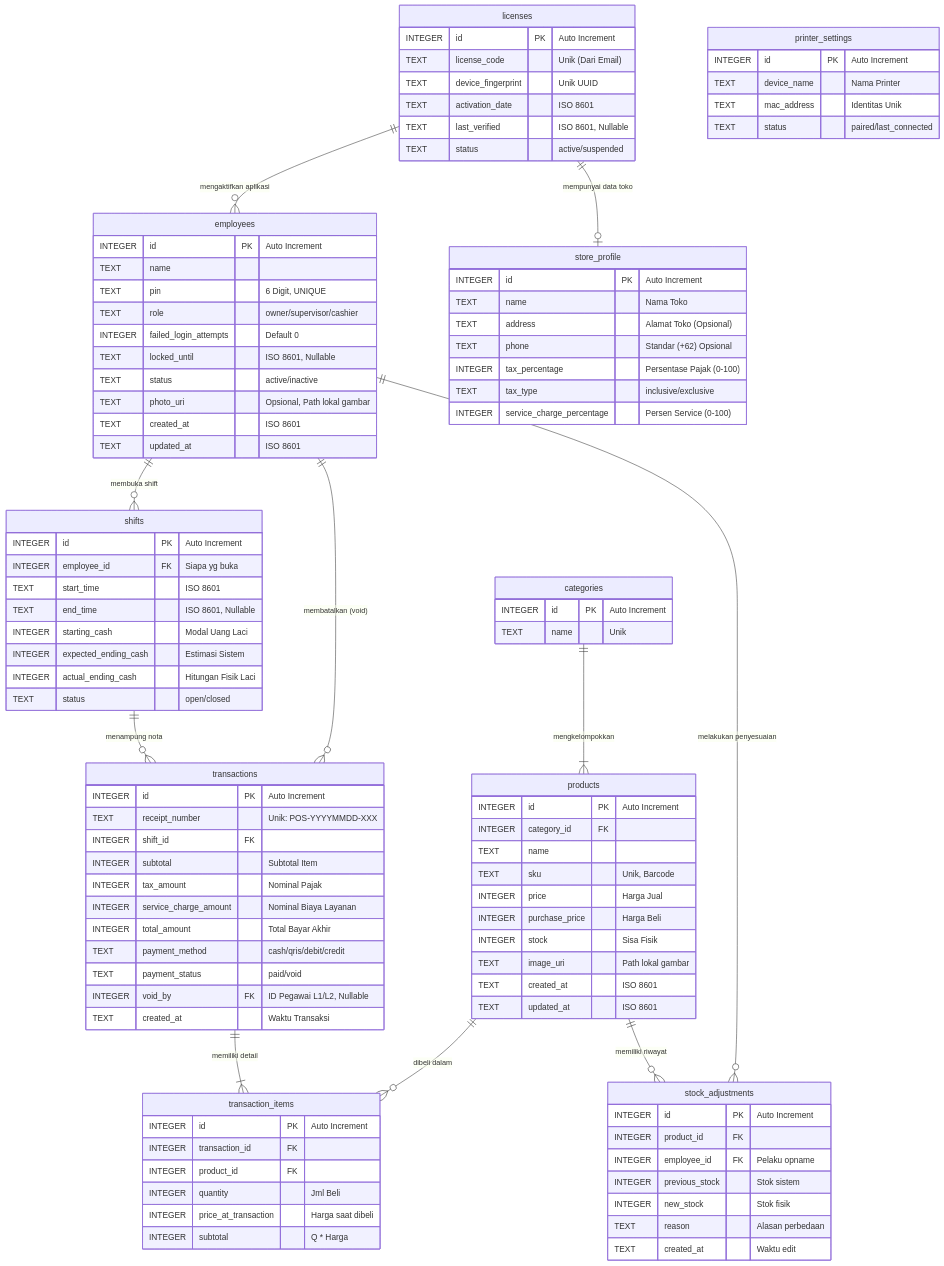
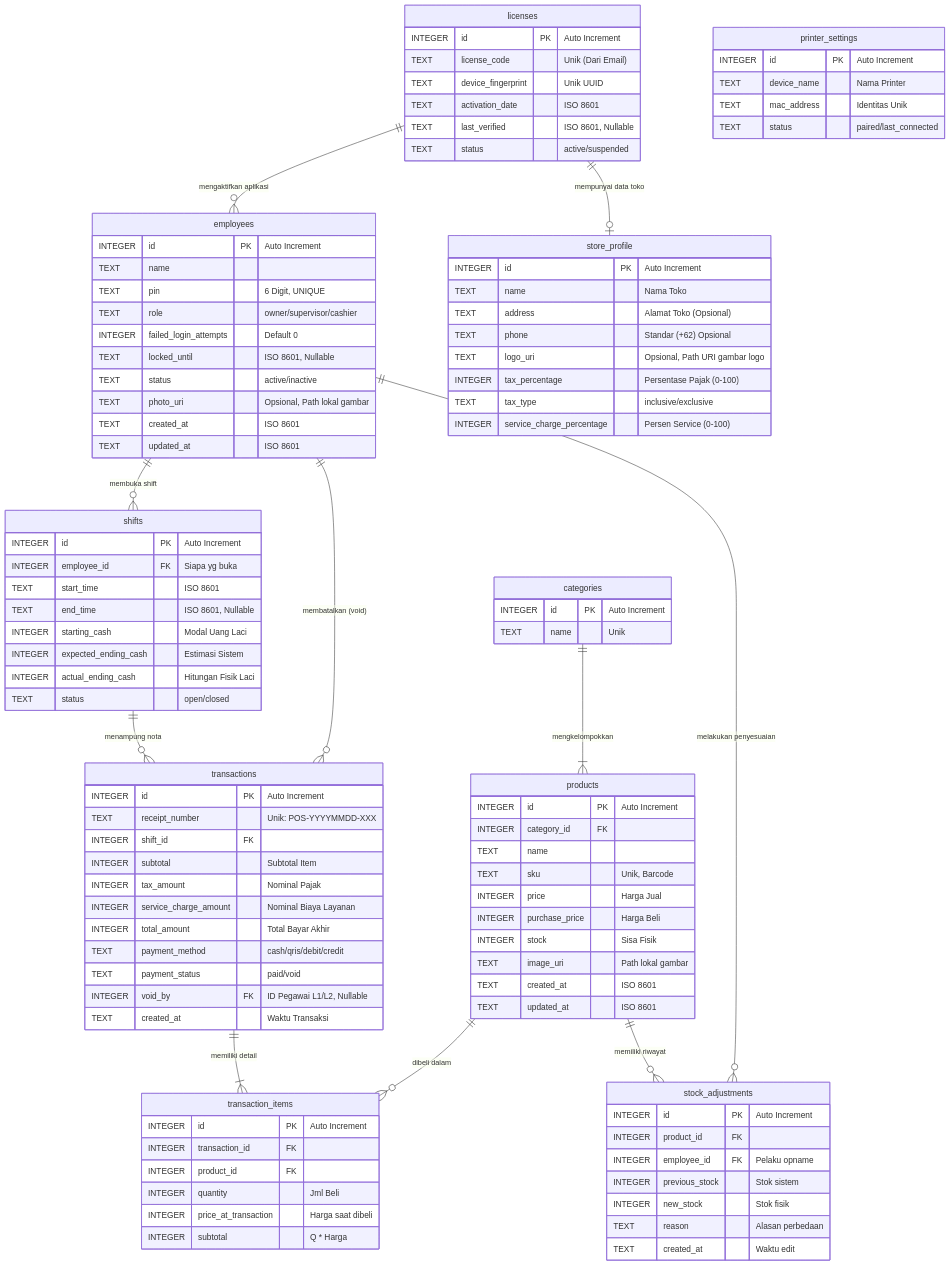
One commit to wahyukurniaaaa/pos-saas changed the diagram in erd_posify.md. Above: the diagram before and after it, drawn with Mermaid. The commit also changed 7 other files, not shown here.

```diff
--- a/erd_posify.md
+++ b/erd_posify.md
@@ -52,6 +52,7 @@
         TEXT name "Nama Toko"
         TEXT address "Alamat Toko (Opsional)"
         TEXT phone "Standar (+62) Opsional"
+        TEXT logo_uri "Opsional, Path URI gambar logo"
         INTEGER tax_percentage "Persentase Pajak (0-100)"
         TEXT tax_type "inclusive/exclusive"
         INTEGER service_charge_percentage "Persen Service (0-100)"
```
